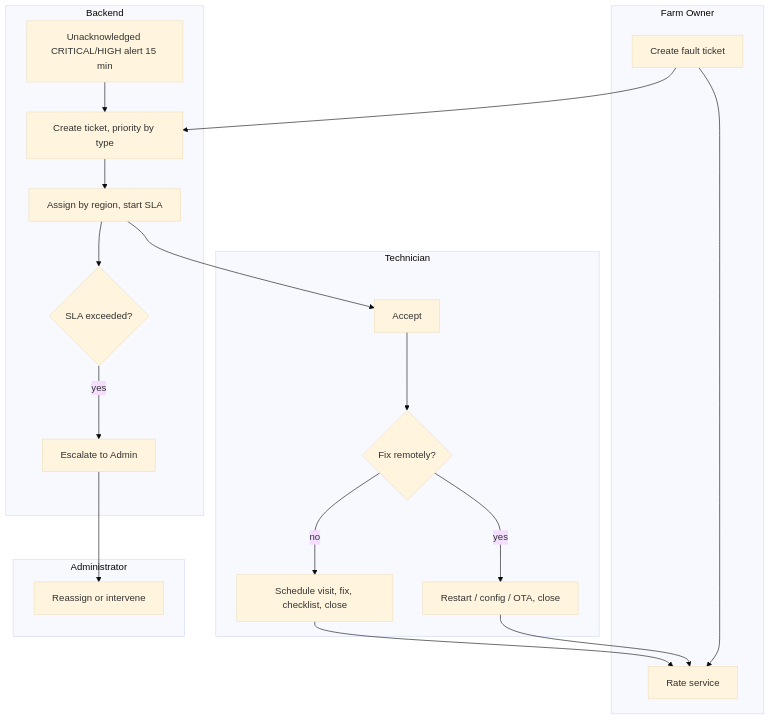
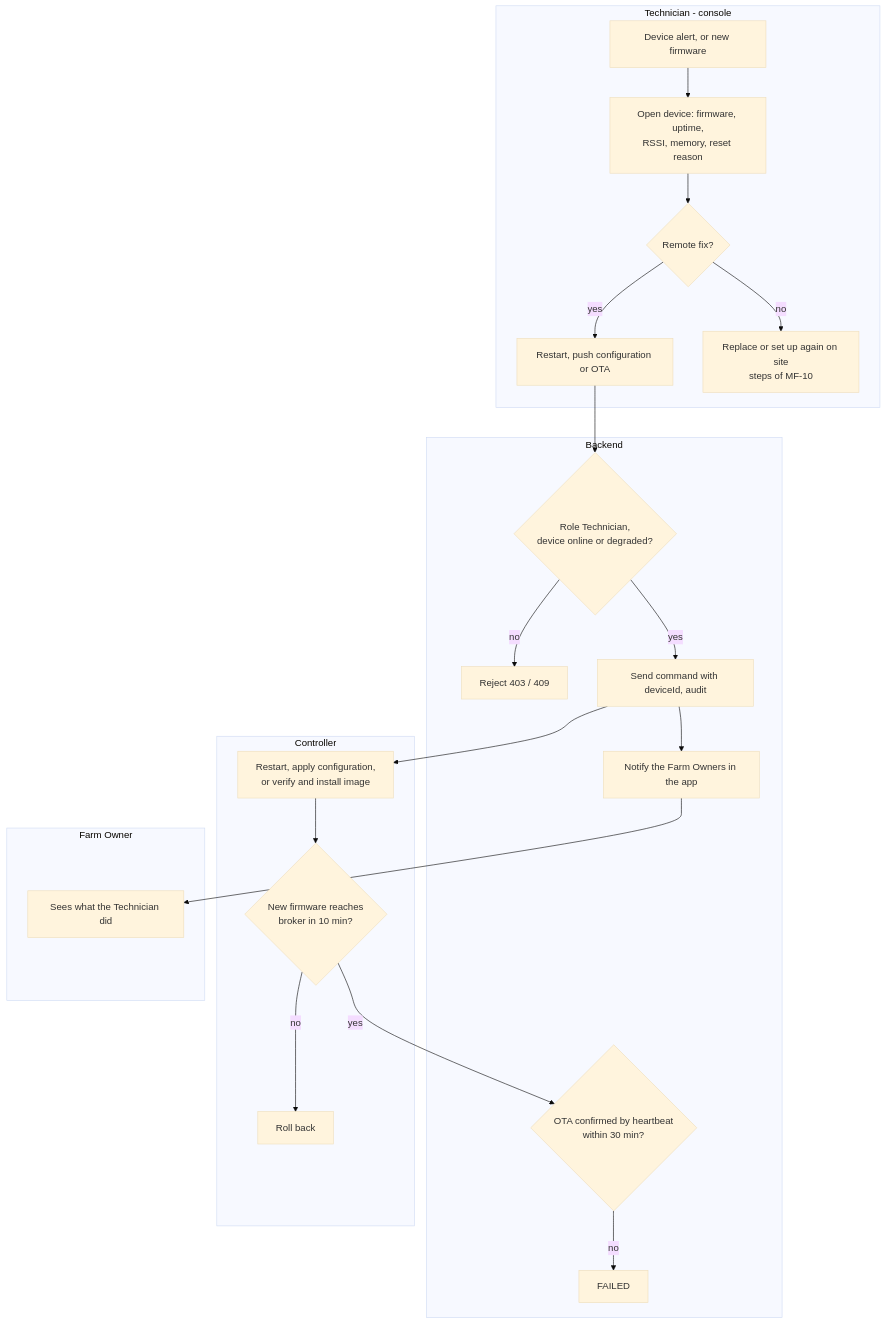
Diagram 30 of 34 in docs/reports/report4-sdd.md (NBao261/SwiftletCare_KLTN), drawn with Mermaid (base theme) before and after one commit. The commit also changed other lines of this file and 24 other files, not shown here.

First line of the commit message:
docs(srs): remove tickets, SLA and Technician regions from scope

````diff
--- a/docs/reports/report4-sdd.md
+++ b/docs/reports/report4-sdd.md
@@ -1176,24 +1143,26 @@
 ```mermaid
 flowchart TB
-  subgraph O[Farm Owner]
-    O1[Create fault ticket] --> O2[Rate service]
+  subgraph T[Technician - console]
+    T0[Device alert, or new firmware] --> T1[Open device: firmware, uptime,<br/>RSSI, memory, reset reason]
+    T1 --> T2{Remote fix?}
+    T2 -- yes --> T3[Restart, push configuration or OTA]
+    T2 -- no --> T4[Replace or set up again on site<br/>steps of MF-10]
   end
   subgraph B[Backend]
-    B0[Unacknowledged CRITICAL/HIGH alert 15 min] --> B1[Create ticket, priority by type]
-    B1 --> B2[Assign by region, start SLA]
-    B3{SLA exceeded?} -- yes --> B4[Escalate to Admin]
+    B1{Role Technician,<br/>device online or degraded?} -- no --> B2[Reject 403 / 409]
+    B1 -- yes --> B3[Send command with deviceId, audit]
+    B3 --> B4[Notify the Farm Owners in the app]
+    B5{OTA confirmed by heartbeat<br/>within 30 min?} -- no --> B6[FAILED]
   end
-  subgraph T[Technician]
-    T1[Accept] --> T2{Fix remotely?}
-    T2 -- yes --> T3[Restart / config / OTA, close]
-    T2 -- no --> T4[Schedule visit, fix, checklist, close]
+  subgraph C[Controller]
+    C1[Restart, apply configuration,<br/>or verify and install image]
+    C1 --> C2{New firmware reaches<br/>broker in 10 min?} -- no --> C3[Roll back]
   end
-  subgraph A[Administrator]
-    A1[Reassign or intervene]
+  subgraph O[Farm Owner]
+    O1[Sees what the Technician did]
   end
-  O1 --> B1
-  B2 --> T1
-  B2 --> B3
-  B4 --> A1
-  T3 & T4 --> O2
+  T3 --> B1
+  B3 --> C1
+  C2 -- yes --> B5
+  B4 --> O1
 ```
````
